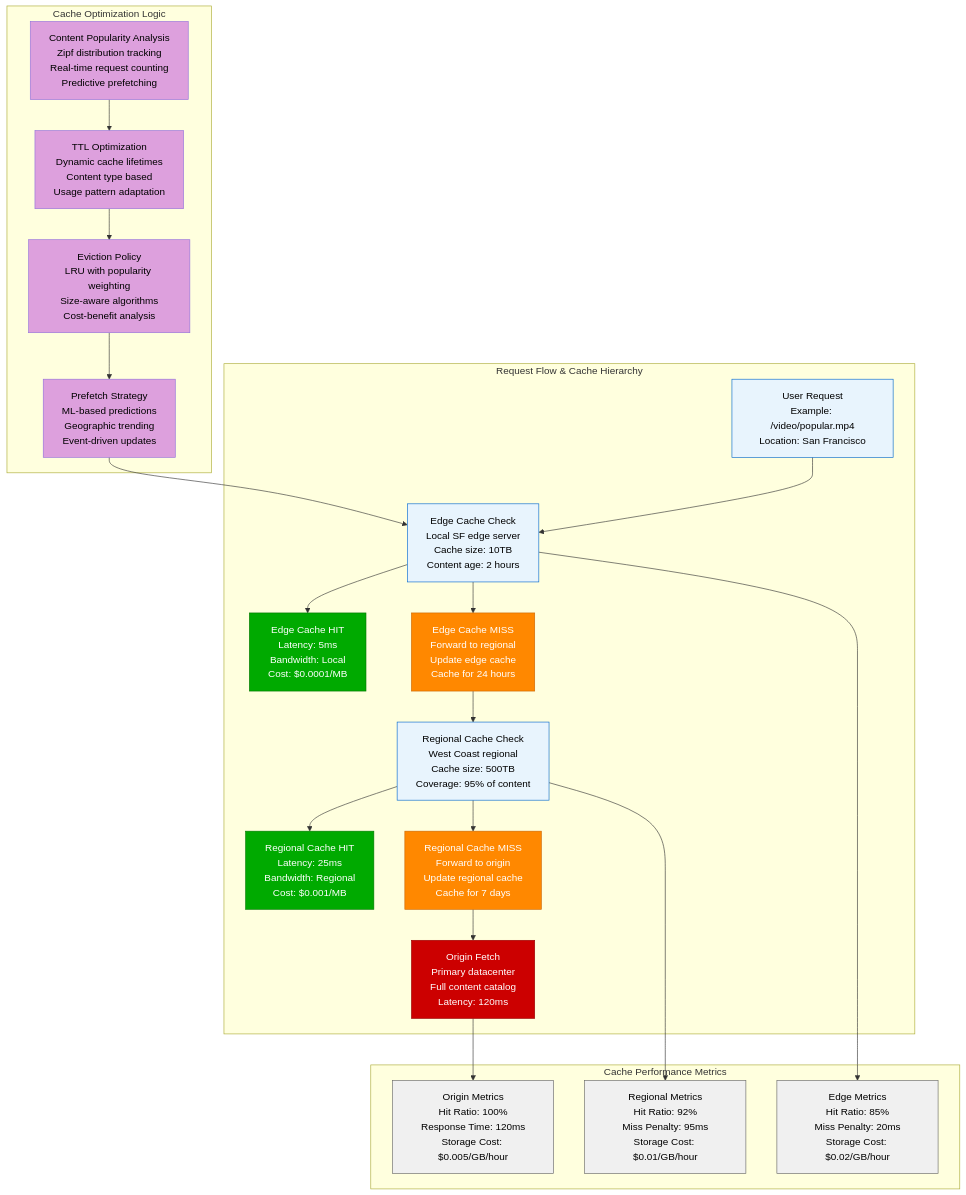
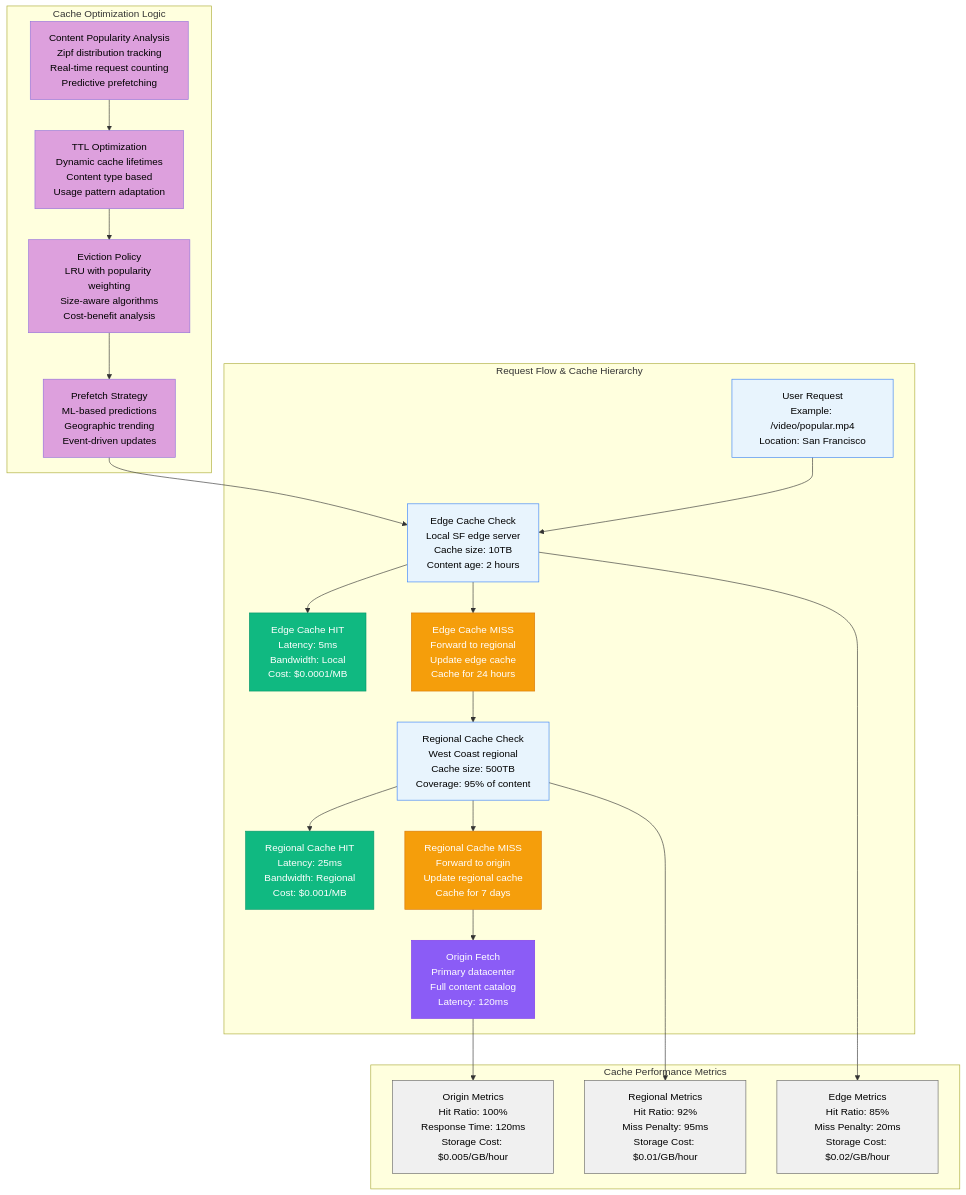
The second of 2 diagrams in site/docs/capacity/cdn-global-capacity-planning.md (deepaucksharma/DS), drawn with Mermaid before and after one commit. The commit also changed other lines of this file and 187 other files, not shown here.

````diff
--- a/site/docs/capacity/cdn-global-capacity-planning.md
+++ b/site/docs/capacity/cdn-global-capacity-planning.md
@@ -533,72 +533,72 @@
 ```mermaid
 graph TD
     subgraph RequestFlow[Request Flow & Cache Hierarchy]
         USER_REQUEST[User Request<br/>Example: /video/popular.mp4<br/>Location: San Francisco]
 
         EDGE_CHECK[Edge Cache Check<br/>Local SF edge server<br/>Cache size: 10TB<br/>Content age: 2 hours]
 
         EDGE_HIT[Edge Cache HIT<br/>Latency: 5ms<br/>Bandwidth: Local<br/>Cost: $0.0001/MB]
 
         EDGE_MISS[Edge Cache MISS<br/>Forward to regional<br/>Update edge cache<br/>Cache for 24 hours]
 
         REGIONAL_CHECK[Regional Cache Check<br/>West Coast regional<br/>Cache size: 500TB<br/>Coverage: 95% of content]
 
         REGIONAL_HIT[Regional Cache HIT<br/>Latency: 25ms<br/>Bandwidth: Regional<br/>Cost: $0.001/MB]
 
         REGIONAL_MISS[Regional Cache MISS<br/>Forward to origin<br/>Update regional cache<br/>Cache for 7 days]
 
         ORIGIN_FETCH[Origin Fetch<br/>Primary datacenter<br/>Full content catalog<br/>Latency: 120ms]
     end
 
     subgraph CacheMetrics[Cache Performance Metrics]
         EDGE_METRICS[Edge Metrics<br/>Hit Ratio: 85%<br/>Miss Penalty: 20ms<br/>Storage Cost: $0.02/GB/hour]
 
         REGIONAL_METRICS[Regional Metrics<br/>Hit Ratio: 92%<br/>Miss Penalty: 95ms<br/>Storage Cost: $0.01/GB/hour]
 
         ORIGIN_METRICS[Origin Metrics<br/>Hit Ratio: 100%<br/>Response Time: 120ms<br/>Storage Cost: $0.005/GB/hour]
     end
 
     subgraph OptimizationLogic[Cache Optimization Logic]
         POPULARITY_ANALYSIS[Content Popularity Analysis<br/>Zipf distribution tracking<br/>Real-time request counting<br/>Predictive prefetching]
 
         TTL_OPTIMIZATION[TTL Optimization<br/>Dynamic cache lifetimes<br/>Content type based<br/>Usage pattern adaptation]
 
         EVICTION_POLICY[Eviction Policy<br/>LRU with popularity weighting<br/>Size-aware algorithms<br/>Cost-benefit analysis]
 
         PREFETCH_STRATEGY[Prefetch Strategy<br/>ML-based predictions<br/>Geographic trending<br/>Event-driven updates]
     end
 
     %% Request flow
     USER_REQUEST --> EDGE_CHECK
     EDGE_CHECK --> EDGE_HIT
     EDGE_CHECK --> EDGE_MISS
     EDGE_MISS --> REGIONAL_CHECK
     REGIONAL_CHECK --> REGIONAL_HIT
     REGIONAL_CHECK --> REGIONAL_MISS
     REGIONAL_MISS --> ORIGIN_FETCH
 
     %% Metrics connections
     EDGE_CHECK --> EDGE_METRICS
     REGIONAL_CHECK --> REGIONAL_METRICS
     ORIGIN_FETCH --> ORIGIN_METRICS
 
     %% Optimization connections
     POPULARITY_ANALYSIS --> TTL_OPTIMIZATION
     TTL_OPTIMIZATION --> EVICTION_POLICY
     EVICTION_POLICY --> PREFETCH_STRATEGY
     PREFETCH_STRATEGY --> EDGE_CHECK
 
-    classDef requestStyle fill:#E8F4FD,stroke:#0066CC,color:#000
-    classDef hitStyle fill:#00AA00,stroke:#007700,color:#fff
-    classDef missStyle fill:#FF8800,stroke:#CC6600,color:#fff
-    classDef originStyle fill:#CC0000,stroke:#990000,color:#fff
+    classDef requestStyle fill:#E8F4FD,stroke:#3B82F6,color:#000
+    classDef hitStyle fill:#10B981,stroke:#059669,color:#fff
+    classDef missStyle fill:#F59E0B,stroke:#D97706,color:#fff
+    classDef originStyle fill:#8B5CF6,stroke:#7C3AED,color:#fff
     classDef metricsStyle fill:#F0F0F0,stroke:#666,color:#000
     classDef optimStyle fill:#DDA0DD,stroke:#9370DB,color:#000
 
     class USER_REQUEST,EDGE_CHECK,REGIONAL_CHECK requestStyle
     class EDGE_HIT,REGIONAL_HIT hitStyle
     class EDGE_MISS,REGIONAL_MISS missStyle
     class ORIGIN_FETCH originStyle
     class EDGE_METRICS,REGIONAL_METRICS,ORIGIN_METRICS metricsStyle
     class POPULARITY_ANALYSIS,TTL_OPTIMIZATION,EVICTION_POLICY,PREFETCH_STRATEGY optimStyle
 ```
````
